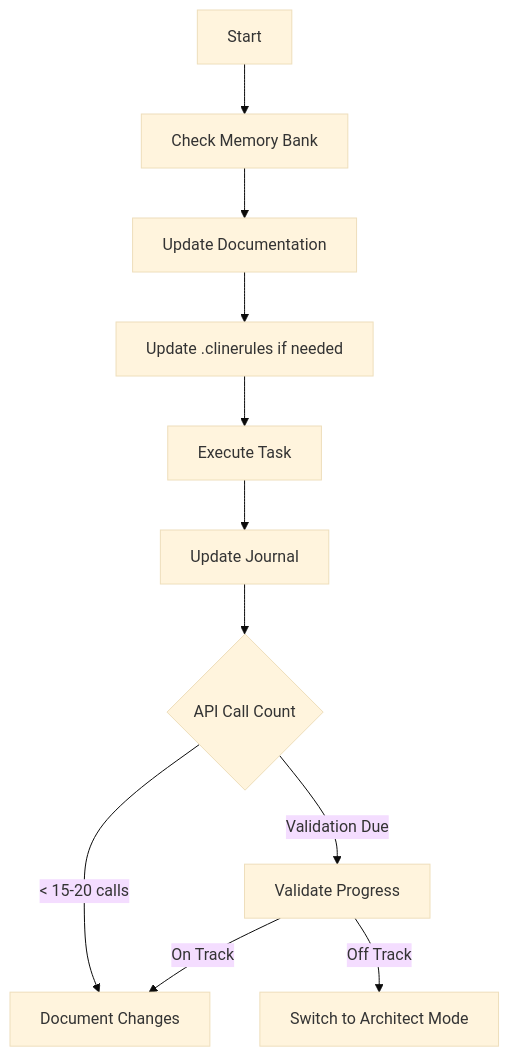
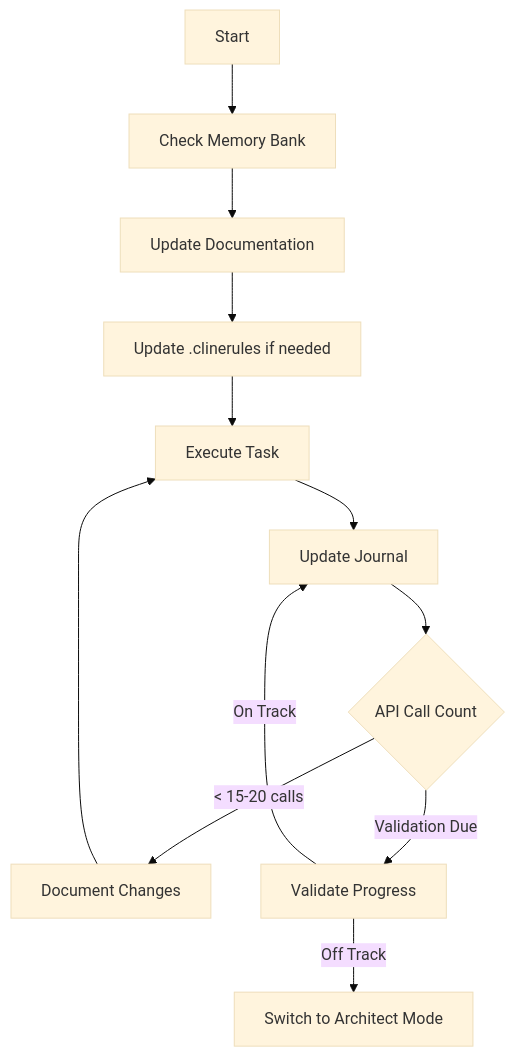
Before and after one commit to IHateCrickets/cline: the third of 5 diagrams in docs/prompting/custom instructions library/raw-instructions/cline-memory-bank.md, drawn with Mermaid (base theme).

Commit message:
Update cline-memory-bank.md
add

````diff
--- a/docs/prompting/custom instructions library/raw-instructions/cline-memory-bank.md
+++ b/docs/prompting/custom instructions library/raw-instructions/cline-memory-bank.md
@@ -115,13 +115,14 @@
 ```mermaid
 flowchart TD
     Start[Start] --> Context[Check Memory Bank]
     Context --> Update[Update Documentation]
     Update --> Rules[Update .clinerules if needed]
     Rules --> Execute[Execute Task]
     Execute --> Journal[Update Journal]
     Journal --> Count{API Call Count}
     Count -->|< 15-20 calls| Document[Document Changes]
     Count -->|Validation Due| Validate[Validate Progress]
-    Validate -->|On Track| Document
+    Document --> Execute
+    Validate -->|On Track| Journal
     Validate -->|Off Track| Reassess[Switch to Architect Mode]
 ```
````
